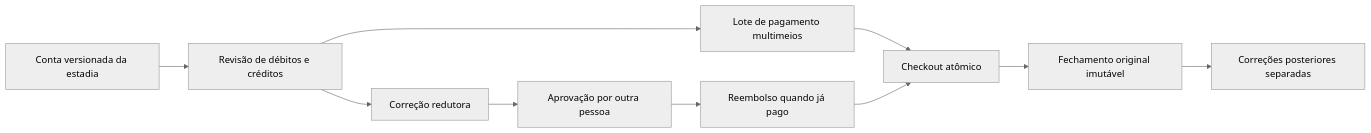
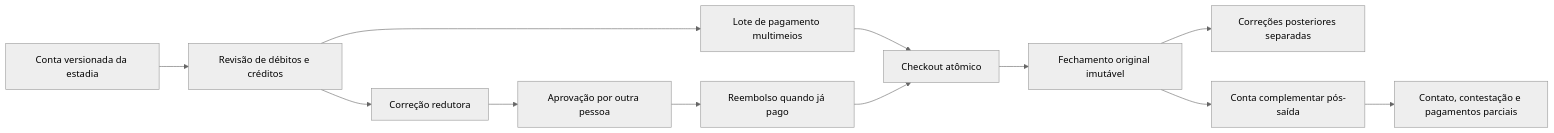
Before and after one commit to TiagoJSaraiva/CJOPRO-Sistema-de-hotelaria: the fourth of 12 diagrams in docs/architecture.md, drawn with Mermaid (neutral theme). The commit also changed other lines of this file and 58 other files, not shown here.

````diff
--- a/docs/architecture.md
+++ b/docs/architecture.md
@@ -121,12 +126,14 @@
 ```mermaid
 flowchart LR
   folio[Conta versionada da estadia] --> review[Revisão de débitos e créditos]
   review --> correction[Correção redutora]
   correction --> approval[Aprovação por outra pessoa]
   approval --> refund[Reembolso quando já pago]
   review --> tenders[Lote de pagamento multimeios]
   tenders --> close[Checkout atômico]
   refund --> close
   close --> snapshot[Fechamento original imutável]
   snapshot --> later[Correções posteriores separadas]
+  snapshot --> supplemental[Conta complementar pós-saída]
+  supplemental --> collection[Contato, contestação e pagamentos parciais]
 ```
````
